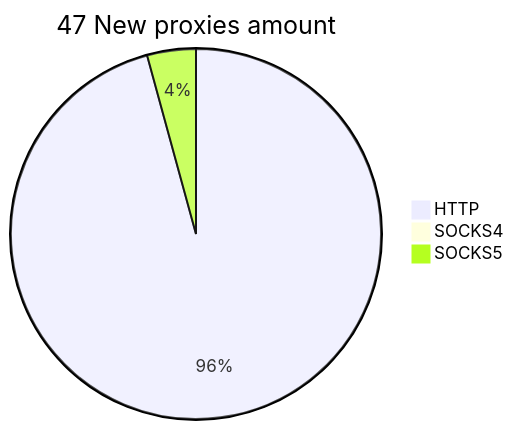
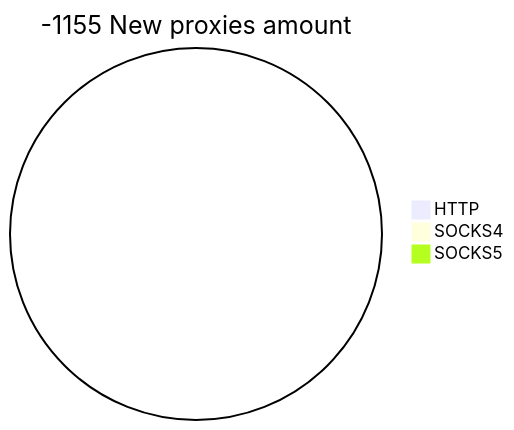
Before and after one commit to cutipu/proxylist: the second of 2 diagrams in README.md, drawn with Mermaid. The commit also changed other lines of this file, not shown here.

````diff
--- a/README.md
+++ b/README.md
@@ -10,6 +10,6 @@
 ```mermaid
-pie title 47 New proxies amount
-    "HTTP" : 45
+pie title -1155 New proxies amount
+    "HTTP" : 0
     "SOCKS4" : 0
-    "SOCKS5" : 2
+    "SOCKS5" : 0
 ```
````
